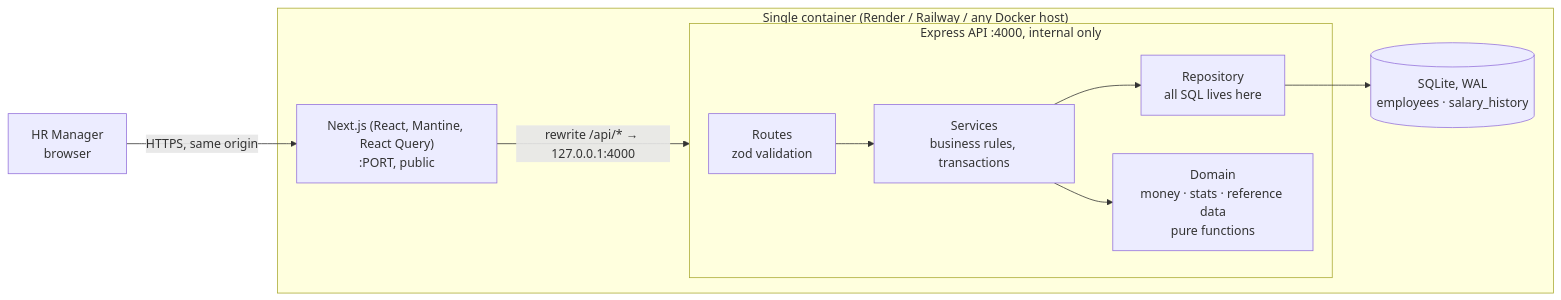
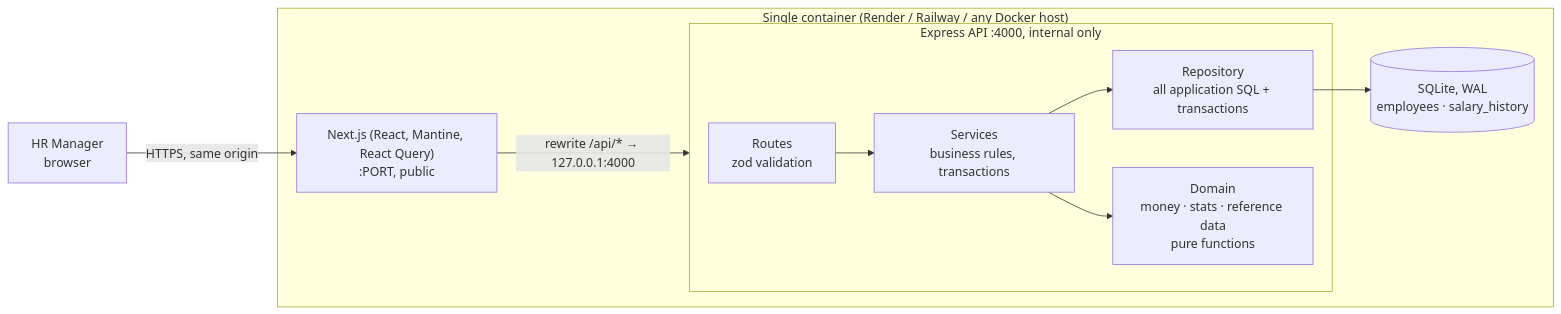
Before and after one commit to ManpreetJain1000/acme-salary: the first of 2 diagrams in docs/architecture.md, drawn with Mermaid. The commit also changed other lines of this file and 6 other files, not shown here.

First line of the commit message:
docs: reconcile decisions, requirements and architecture with the code

````diff
--- a/docs/architecture.md
+++ b/docs/architecture.md
@@ -5,15 +5,15 @@
 ```mermaid
 flowchart LR
   HR[HR Manager<br/>browser] -->|HTTPS, same origin| WEB
 
   subgraph Container["Single container (Render / Railway / any Docker host)"]
     WEB["Next.js (React, Mantine, React Query)<br/>:PORT, public"]
     WEB -->|"rewrite /api/* → 127.0.0.1:4000"| API
     subgraph API["Express API :4000, internal only"]
       R[Routes<br/>zod validation] --> S[Services<br/>business rules, transactions]
-      S --> REPO[Repository<br/>all SQL lives here]
+      S --> REPO[Repository<br/>all application SQL + transactions]
       S --> D[Domain<br/>money · stats · reference data<br/>pure functions]
     end
     REPO --> DB[(SQLite, WAL<br/>employees · salary_history)]
   end
 ```
````
